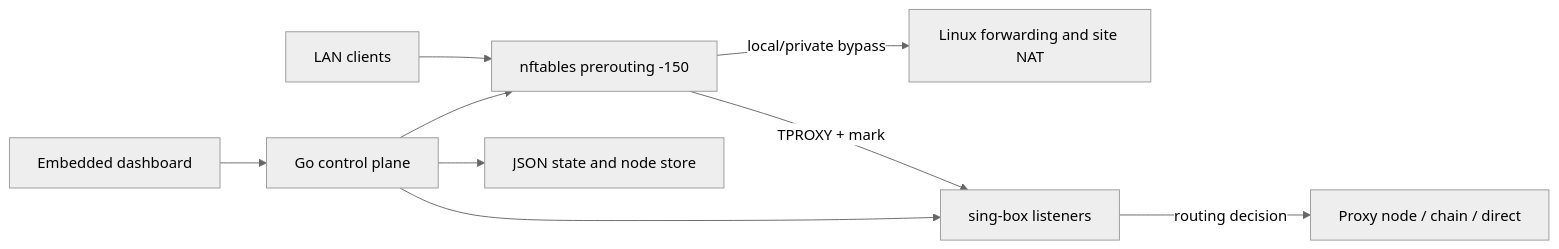
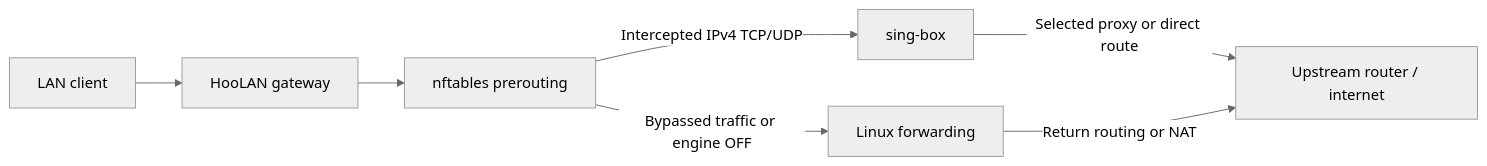
The diagram in README.md (zkec/HooLAN), drawn with Mermaid (neutral theme) before and after one commit. The commit also changed other lines of this file and 88 other files, not shown here.

Commit message:
rebranded as HooLAN

````diff
--- a/README.md
+++ b/README.md
@@ -65,11 +42,9 @@
 ```mermaid
 flowchart LR
-  LAN[LAN clients] --> NFT[nftables prerouting -150]
-  NFT -->|local/private bypass| Router[Linux forwarding and site NAT]
-  NFT -->|TPROXY + mark| SB[sing-box listeners]
-  SB -->|routing decision| Out[Proxy node / chain / direct]
-  UI[Embedded dashboard] --> Go[Go control plane]
-  Go --> SB
-  Go --> NFT
-  Go --> State[JSON state and node store]
+  Client[LAN client] --> Pi[HooLAN gateway]
+  Pi --> Filter[nftables prerouting]
+  Filter -->|Intercepted IPv4 TCP/UDP| Engine[sing-box]
+  Filter -->|Bypassed traffic or engine OFF| Router[Linux forwarding]
+  Engine -->|Selected proxy or direct route| WAN[Upstream router / internet]
+  Router -->|Return routing or NAT| WAN
 ```
````
